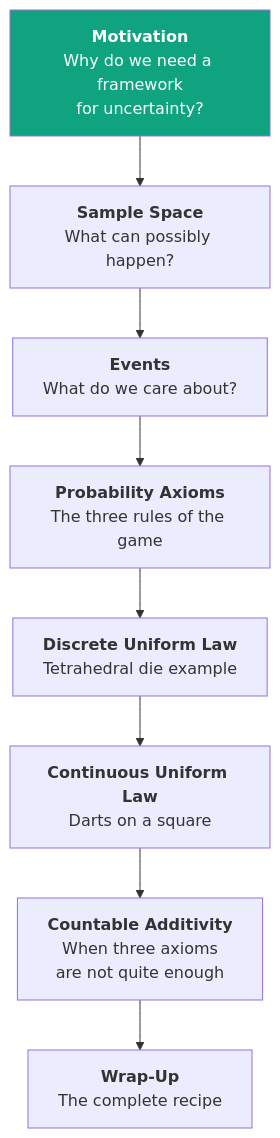
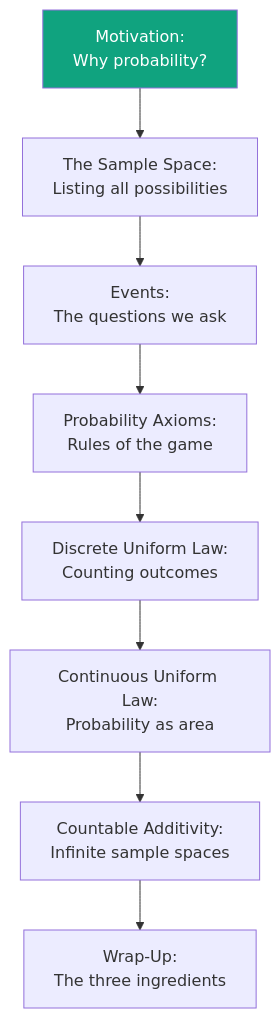
The first of 3 diagrams in blog/published/probability-models-and-axioms/index.qmd (SushrutGaikwad/SushrutGaikwad.github.io), drawn with Mermaid before and after one commit. The commit also changed other lines of this file and 8 other files, not shown here.

Commit message:
Update probability models and axioms blog post

````diff
--- a/blog/published/probability-models-and-axioms/index.qmd
+++ b/blog/published/probability-models-and-axioms/index.qmd
@@ -43,16 +43,13 @@
 ```{mermaid}
 %%| fig-align: center
 flowchart TD
-    A["<b>Motivation</b><br/>Why do we need a framework<br/>for uncertainty?"]
-    B["<b>Sample Space</b><br/>What can possibly happen?"]
-    C["<b>Events</b><br/>What do we care about?"]
-    D["<b>Probability Axioms</b><br/>The three rules of the game"]
-    E["<b>Discrete Uniform Law</b><br/>Tetrahedral die example"]
-    F["<b>Continuous Uniform Law</b><br/>Darts on a square"]
-    G["<b>Countable Additivity</b><br/>When three axioms<br/>are not quite enough"]
-    H["<b>Wrap-Up</b><br/>The complete recipe"]
-
-    A --> B --> C --> D --> E --> F --> G --> H
+    A["Motivation:<br/>Why probability?"] --> B["The Sample Space:<br/>Listing all possibilities"]
+    B --> C["Events:<br/>The questions we ask"]
+    C --> D["Probability Axioms:<br/>Rules of the game"]
+    D --> E["Discrete Uniform Law:<br/>Counting outcomes"]
+    E --> F["Continuous Uniform Law:<br/>Probability as area"]
+    F --> G["Countable Additivity:<br/>Infinite sample spaces"]
+    G --> H["Wrap-Up:<br/>The three ingredients"]
 
     style A fill:#10a37f,color:#fff
 ```
````
